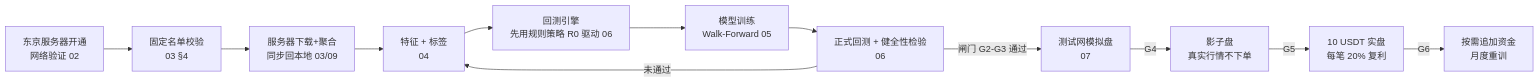
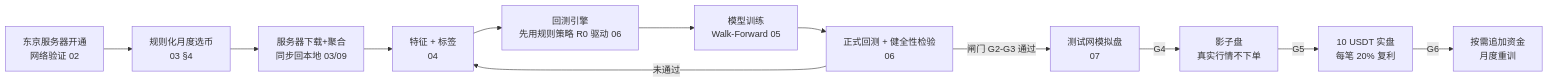
The diagram in docs/design.md (wumingze704-bit/bn-trade), drawn with Mermaid before and after one commit. The commit also changed other lines of this file and 40 other files, not shown here.

````diff
--- a/docs/design.md
+++ b/docs/design.md
@@ -14,14 +14,14 @@
 ```mermaid
 flowchart LR
-    S0[东京服务器开通<br/>网络验证 02] --> A[固定名单校验<br/>03 §4]
+    S0[东京服务器开通<br/>网络验证 02] --> A[规则化月度选币<br/>03 §4]
     A --> B[服务器下载+聚合<br/>同步回本地 03/09]
     B --> C[特征 + 标签<br/>04]
     C --> BT0[回测引擎<br/>先用规则策略 R0 驱动 06]
     BT0 --> D[模型训练<br/>Walk-Forward 05]
     D --> E[正式回测 + 健全性检验<br/>06]
     E -->|闸门 G2-G3 通过| F[测试网模拟盘<br/>07]
     F -->|G4| G[影子盘<br/>真实行情不下单]
     G -->|G5| H[10 USDT 实盘<br/>每笔 20% 复利]
     H -->|G6| I[按需追加资金<br/>月度重训]
     E -->|未通过| C
 ```
````
